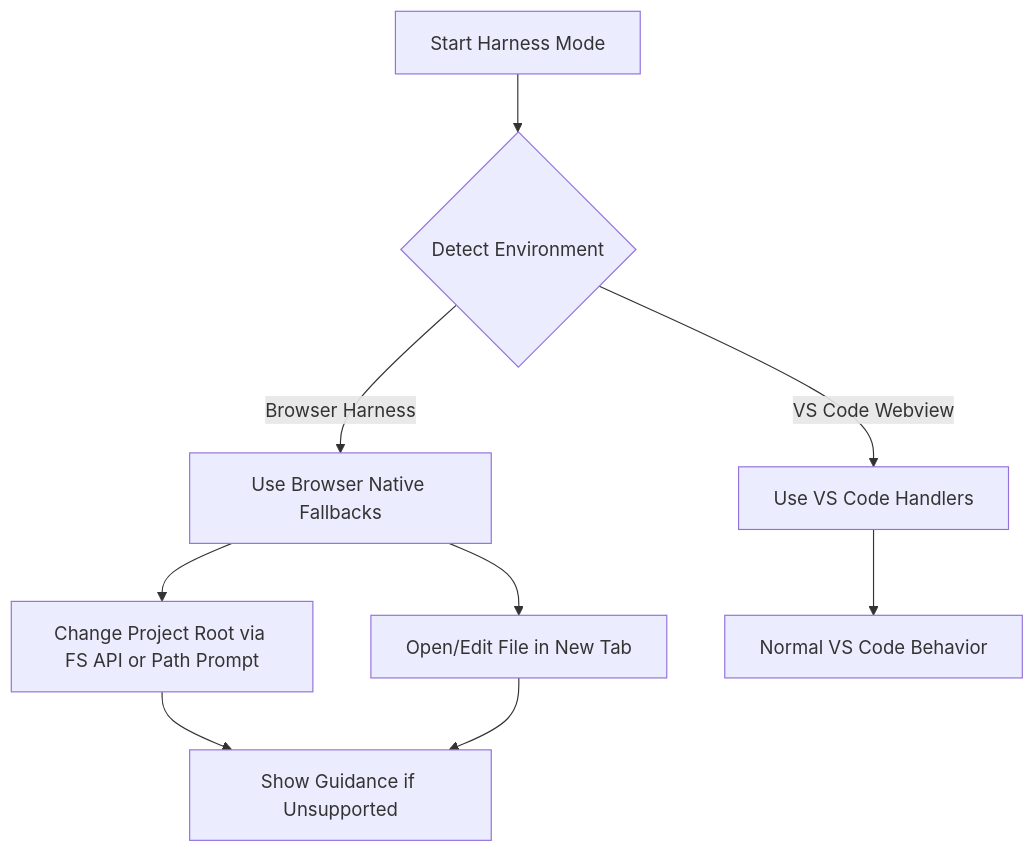
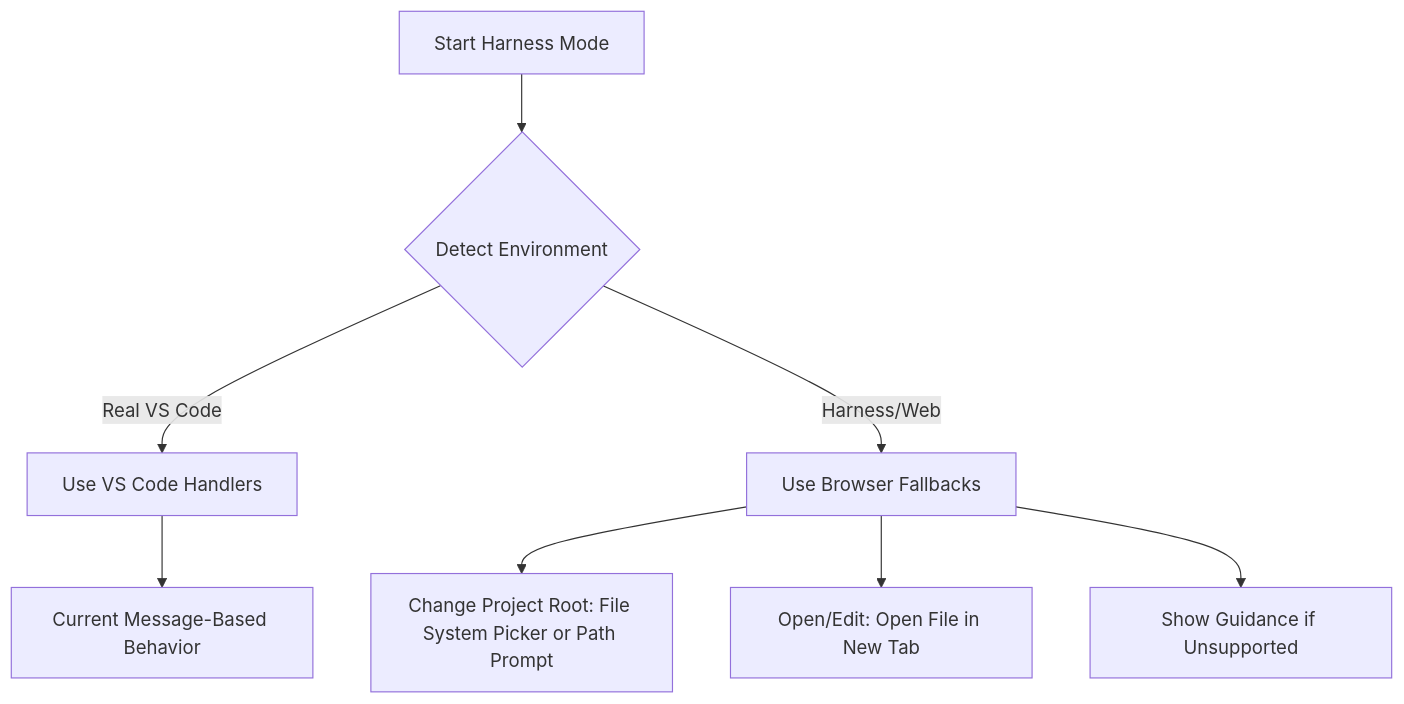
One commit to AlexAgo83/logics-manager changed the diagram in logics/request/req_012_web_debug_harness_simulate_vs_code_controls_with_browser_native_behavior.md. Above: the diagram before and after it, drawn with Mermaid. The commit also changed 19 other files, not shown here.

````diff
--- a/logics/request/req_012_web_debug_harness_simulate_vs_code_controls_with_browser_native_behavior.md
+++ b/logics/request/req_012_web_debug_harness_simulate_vs_code_controls_with_browser_native_behavior.md
@@ -10,13 +10,12 @@
 ```mermaid
 %% logics-kind: request
 %% logics-signature: request|web-debug-harness-simulate-vs-code-contr|in-web-debug-server-mode-most|ac1-in-harness-mode-control-actions
 flowchart TD
-  A[Start Harness Mode] --> B{Detect Environment}
-  B -->|VS Code Webview| C[Use VS Code Handlers]
-  B -->|Browser Harness| D[Use Browser Native Fallbacks]
-  D --> E[Change Project Root via FS API or Path Prompt]
-  D --> F[Open/Edit File in New Tab]
-  C --> G[Normal VS Code Behavior]
-  E --> H[Show Guidance if Unsupported]
-  F --> H
+    A[Start Harness Mode] --> B{Detect Environment}
+    B -->|Real VS Code| C[Use VS Code Handlers]
+    B -->|Harness/Web| D[Use Browser Fallbacks]
+    D --> E[Change Project Root: File System Picker or Path Prompt]
+    D --> F[Open/Edit: Open File in New Tab]
+    C --> G[Current Message-Based Behavior]
+    D --> H[Show Guidance if Unsupported]
 ```
````
